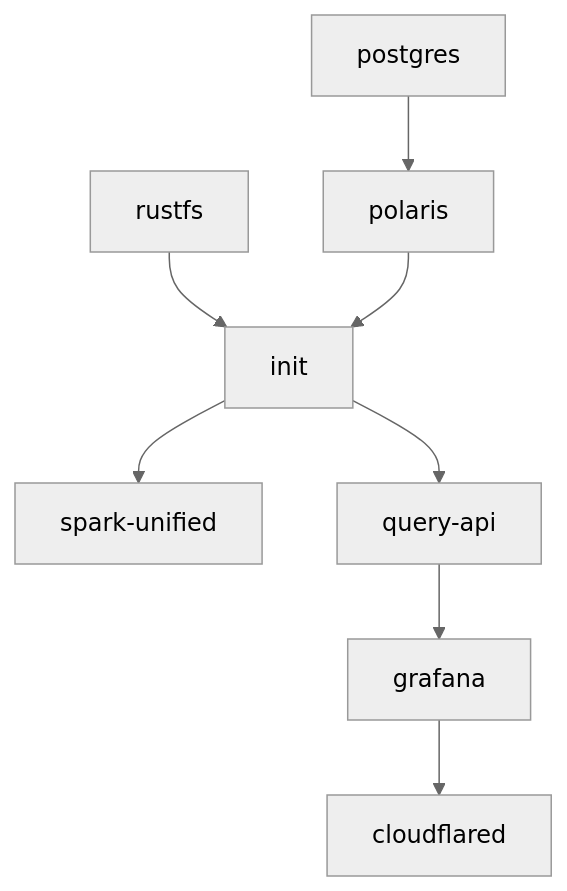
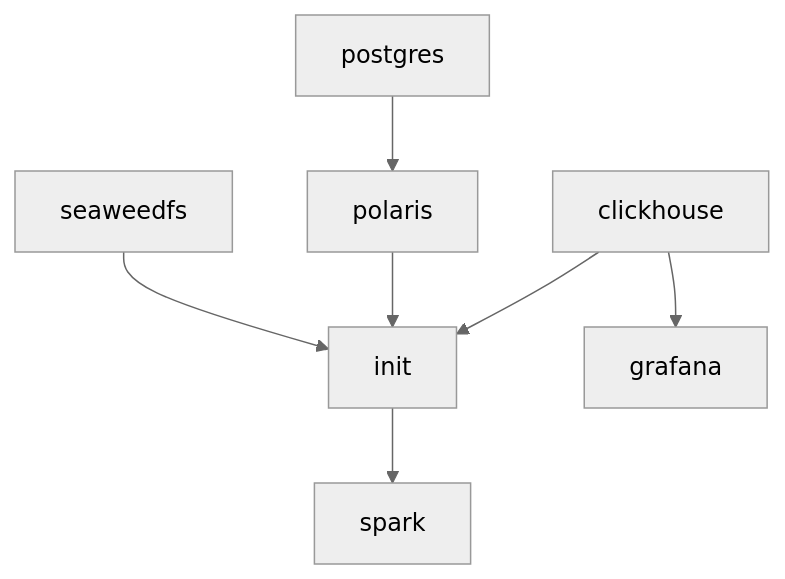
Before and after one commit to joshlizana/atomosphere: the third of 3 diagrams in docs/TDD.md, drawn with Mermaid (neutral theme). The commit also changed other lines of this file and 19 other files, not shown here.

````diff
--- a/docs/TDD.md
+++ b/docs/TDD.md
@@ -549,10 +550,9 @@
 ```mermaid
 flowchart TD
     PG[postgres] --> PL[polaris]
-    RS[rustfs] --> INIT[init]
+    RS[seaweedfs] --> INIT[init]
     PL --> INIT
-    INIT --> SU[spark-unified]
-    INIT --> QA[query-api]
-    QA --> GF[grafana]
-    GF --> CF[cloudflared]
+    CH[clickhouse] --> INIT
+    INIT --> SU[spark]
+    CH --> GF[grafana]
 ```
````
